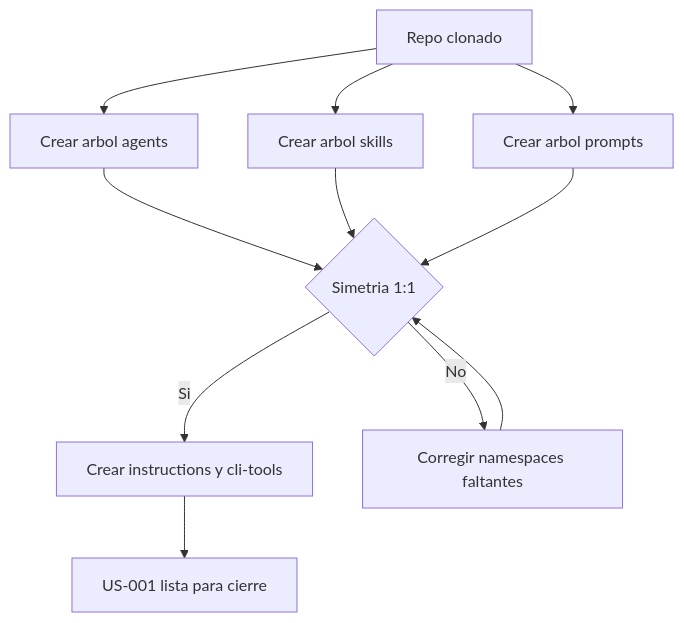
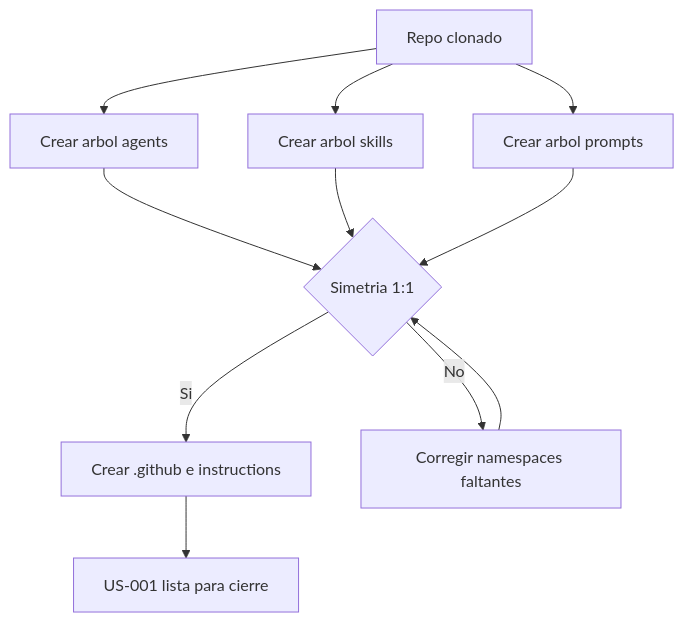
One commit to manelcc/copilot-devkit changed the diagram in docs/implementation/user-stories/US-001-inicializar-estructura-directorios.md. Above: the diagram before and after it, drawn with Mermaid. The commit also changed other lines of this file and 40 other files, not shown here.

````diff
--- a/docs/implementation/user-stories/US-001-inicializar-estructura-directorios.md
+++ b/docs/implementation/user-stories/US-001-inicializar-estructura-directorios.md
@@ -84,13 +97,13 @@
 ```mermaid
 flowchart TD
   A[Repo clonado] --> B[Crear arbol agents]
   A --> C[Crear arbol skills]
   A --> D[Crear arbol prompts]
   B --> E{Simetria 1:1}
   C --> E
   D --> E
-  E -->|Si| F[Crear instructions y cli-tools]
+  E -->|Si| F[Crear .github e instructions]
   E -->|No| G[Corregir namespaces faltantes]
   G --> E
   F --> H[US-001 lista para cierre]
 ```
````
